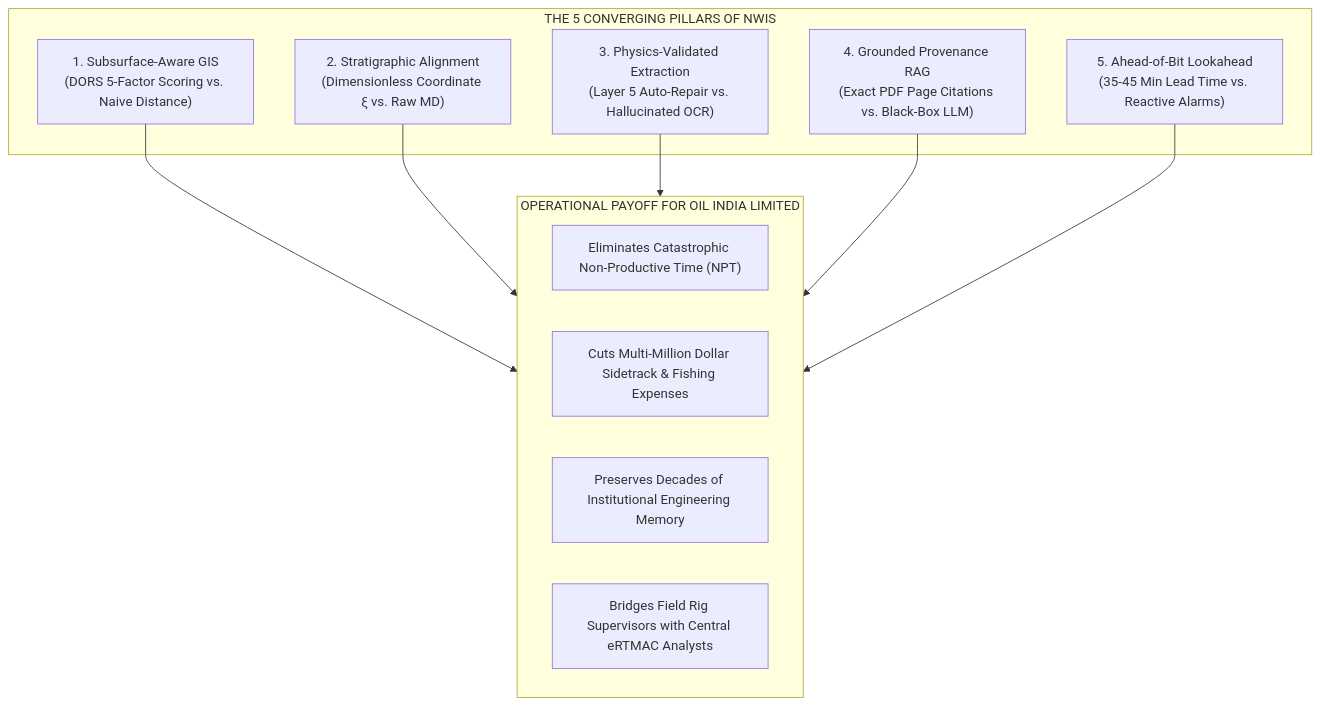
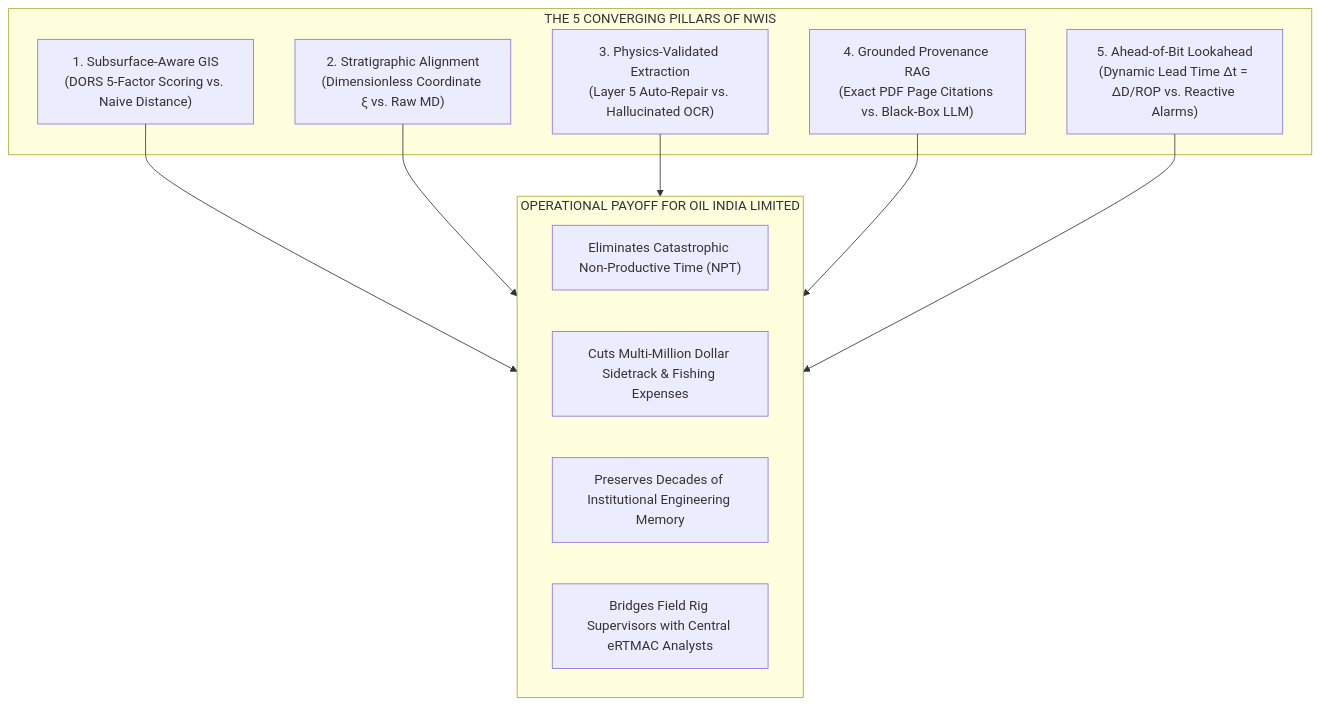
The diagram in frontend/src/docs/content/product-guide/usp-and-differentiation.md (Laukikrathod2007/SIH_121), drawn with Mermaid before and after one commit. The commit also changed other lines of this file and 42 other files, not shown here.

````diff
--- a/frontend/src/docs/content/product-guide/usp-and-differentiation.md
+++ b/frontend/src/docs/content/product-guide/usp-and-differentiation.md
@@ -15,19 +15,19 @@
 ```mermaid
 graph TB
     subgraph PILLARS["THE 5 CONVERGING PILLARS OF NWIS"]
         P1["1. Subsurface-Aware GIS<br/>(DORS 5-Factor Scoring vs. Naive Distance)"]
         P2["2. Stratigraphic Alignment<br/>(Dimensionless Coordinate ξ vs. Raw MD)"]
         P3["3. Physics-Validated Extraction<br/>(Layer 5 Auto-Repair vs. Hallucinated OCR)"]
         P4["4. Grounded Provenance RAG<br/>(Exact PDF Page Citations vs. Black-Box LLM)"]
-        P5["5. Ahead-of-Bit Lookahead<br/>(35-45 Min Lead Time vs. Reactive Alarms)"]
+        P5["5. Ahead-of-Bit Lookahead<br/>(Dynamic Lead Time Δt = ΔD/ROP vs. Reactive Alarms)"]
     end
 
     subgraph VALUE["OPERATIONAL PAYOFF FOR OIL INDIA LIMITED"]
         V1["Eliminates Catastrophic Non-Productive Time (NPT)"]
         V2["Cuts Multi-Million Dollar Sidetrack & Fishing Expenses"]
         V3["Preserves Decades of Institutional Engineering Memory"]
         V4["Bridges Field Rig Supervisors with Central eRTMAC Analysts"]
     end
 
     P1 & P2 & P3 & P4 & P5 --> VALUE
 ```
````
